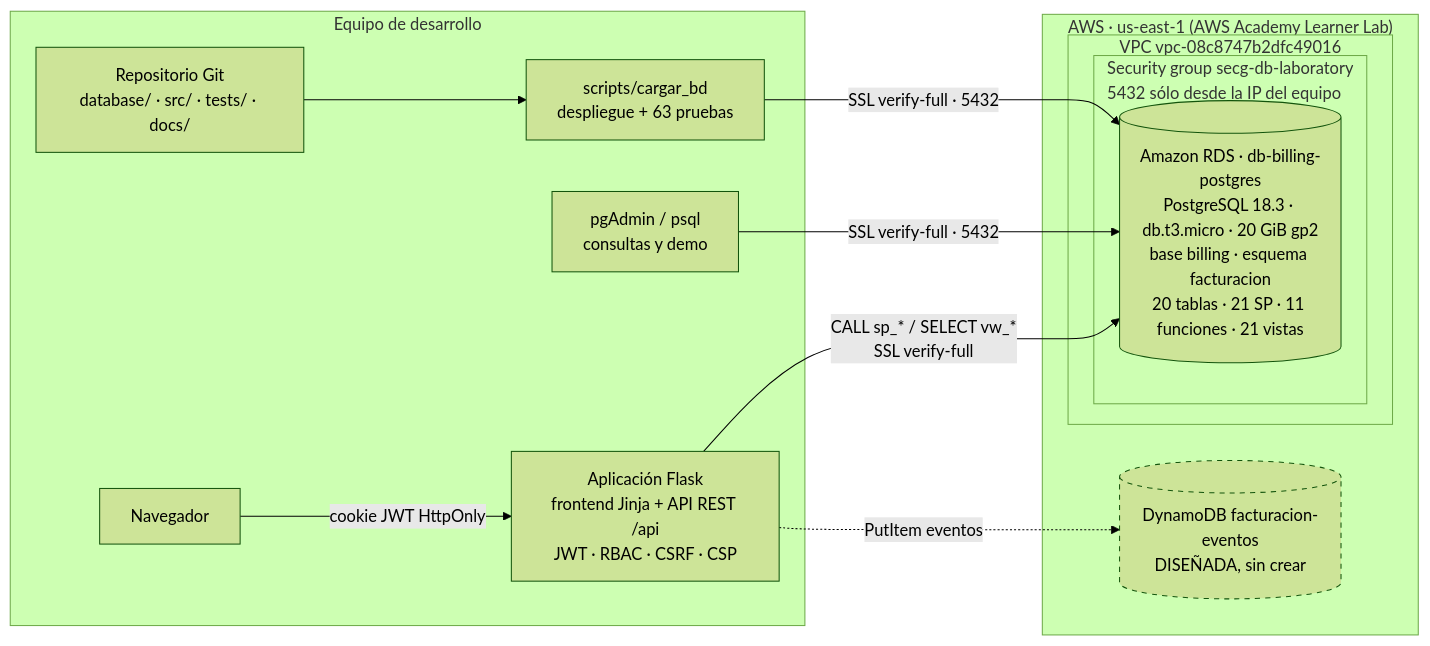
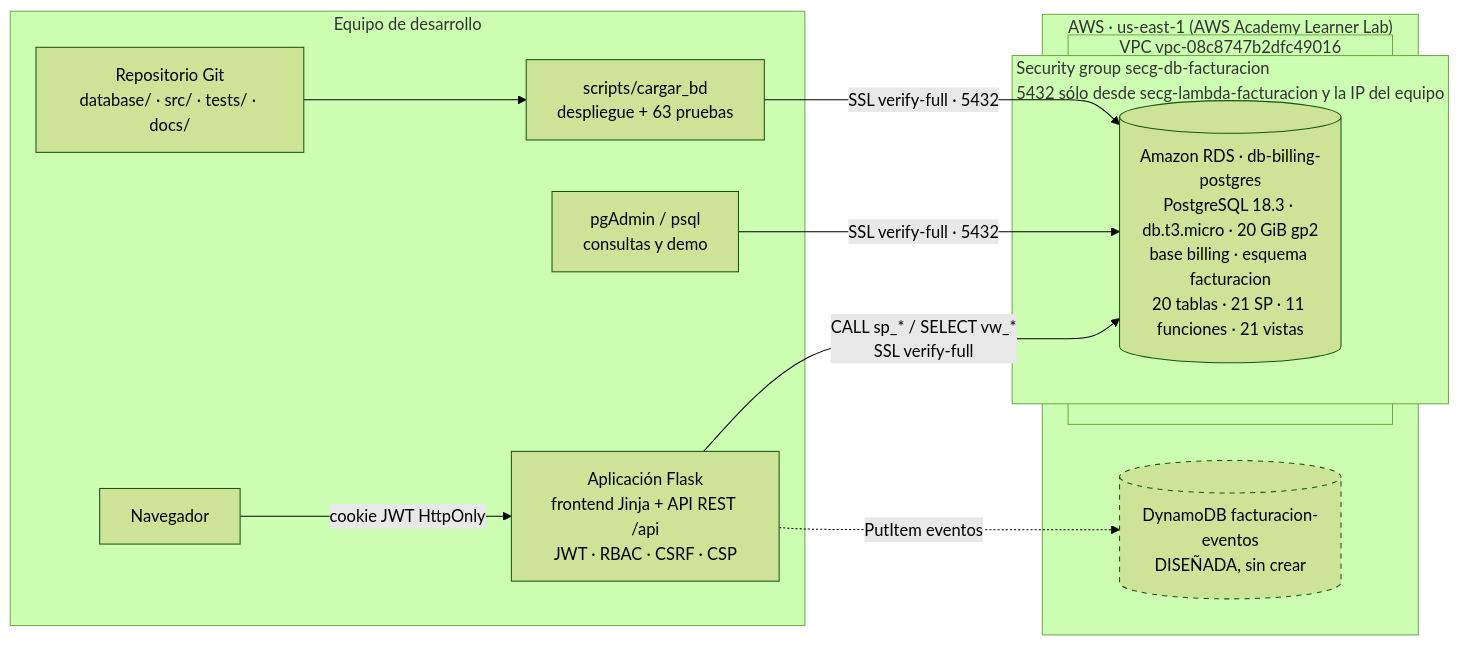
One commit to DanielRosalesAlanis/SistemaDeFacturacion changed the first of 7 diagrams in docs/REPORTE_AVANCE.md. Above: the diagram before and after it, drawn with Mermaid (forest theme). The commit also changed other lines of this file and 1 other file, not shown here.

Commit message:
Actualiza la guía de despliegue: security groups reales y usuario app_facturacion

````diff
--- a/docs/REPORTE_AVANCE.md
+++ b/docs/REPORTE_AVANCE.md
@@ -117,25 +117,25 @@
 ```mermaid
 flowchart LR
     subgraph Local["Equipo de desarrollo"]
         GIT["Repositorio Git<br/>database/ · src/ · tests/ · docs/"]
         DEP["scripts/cargar_bd<br/>despliegue + 63 pruebas"]
         CLI["pgAdmin / psql<br/>consultas y demo"]
         NAV["Navegador"]
         APP["Aplicación Flask<br/>frontend Jinja + API REST /api<br/>JWT · RBAC · CSRF · CSP"]
     end
     subgraph AWS["AWS · us-east-1 (AWS Academy Learner Lab)"]
         subgraph VPC["VPC vpc-08c8747b2dfc49016"]
-            subgraph SG["Security group secg-db-laboratory<br/>5432 sólo desde la IP del equipo"]
+            subgraph SG["Security group secg-db-facturacion<br/>5432 sólo desde secg-lambda-facturacion y la IP del equipo"]
                 RDS[("Amazon RDS · db-billing-postgres<br/>PostgreSQL 18.3 · db.t3.micro · 20 GiB gp2<br/>base billing · esquema facturacion<br/>20 tablas · 21 SP · 11 funciones · 21 vistas")]
             end
         end
         DDB[("DynamoDB facturacion-eventos<br/>DISEÑADA, sin crear")]:::pend
     end
     GIT --> DEP
     DEP -->|SSL verify-full · 5432| RDS
     CLI -->|SSL verify-full · 5432| RDS
     NAV -->|cookie JWT HttpOnly| APP
     APP -->|CALL sp_* / SELECT vw_*<br/>SSL verify-full| RDS
     APP -.->|PutItem eventos| DDB
     classDef pend stroke-dasharray: 5 5
 ```
````
